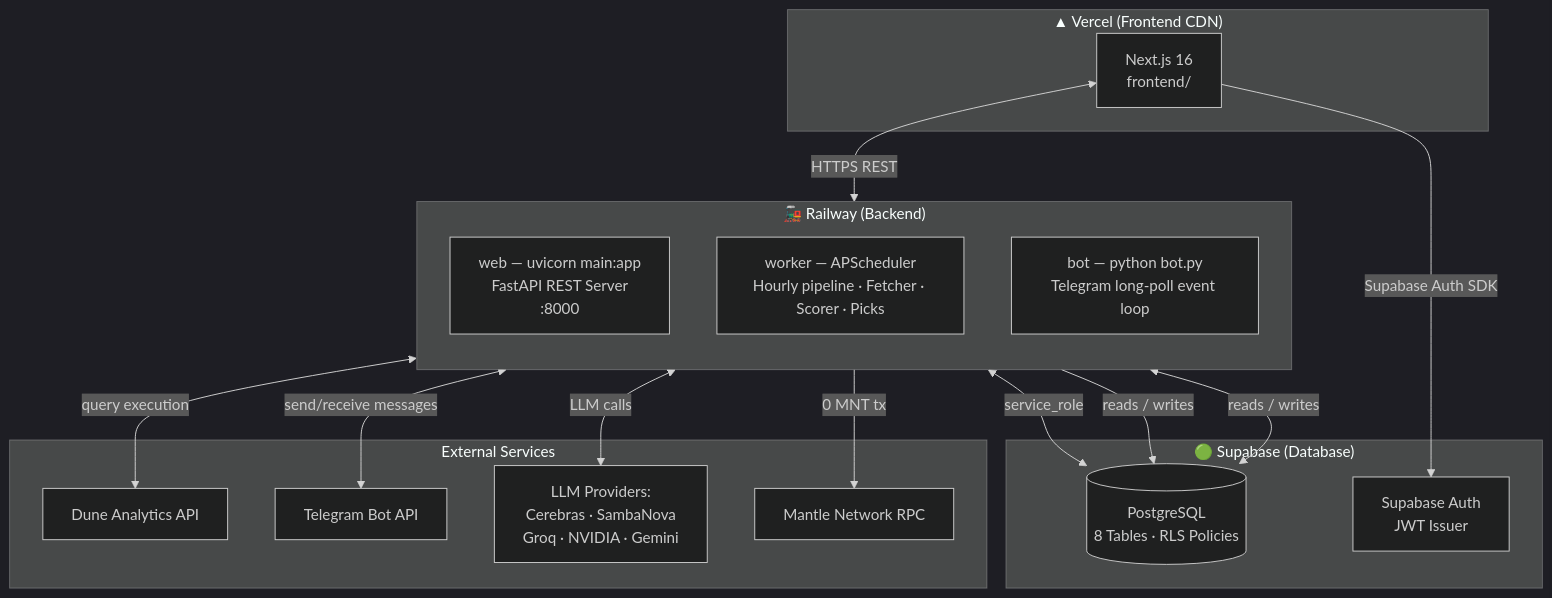
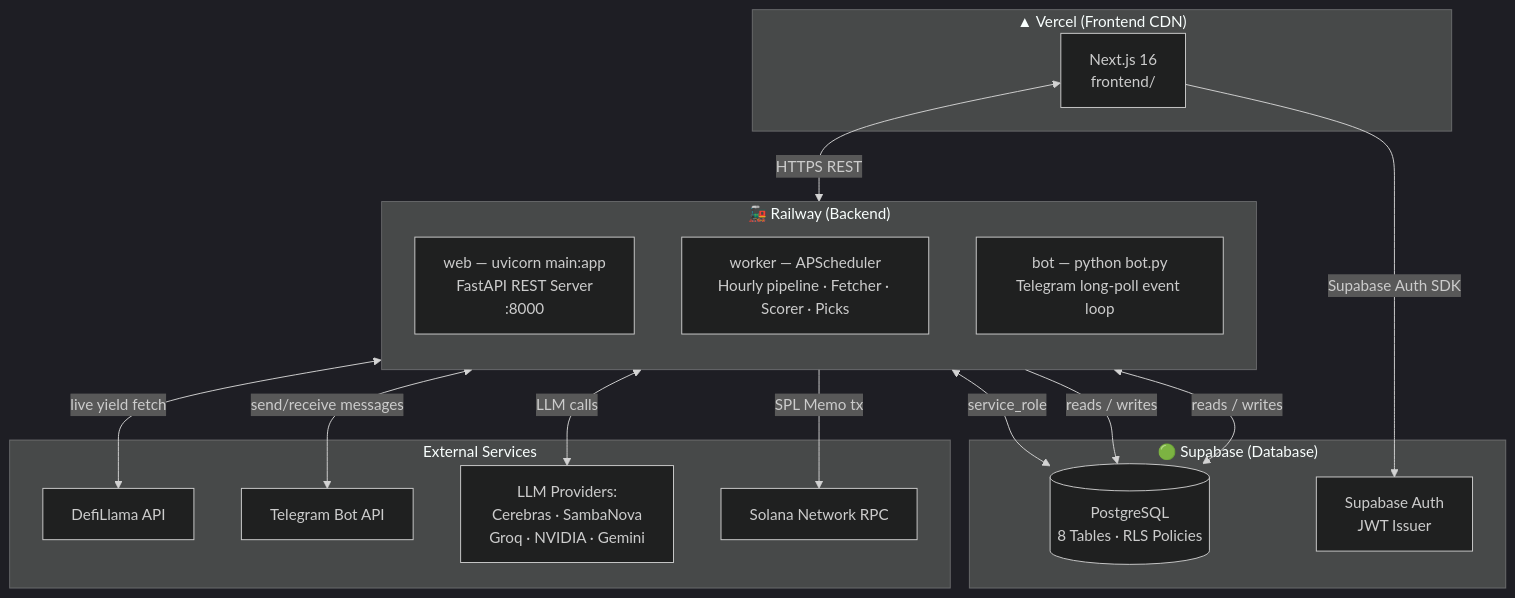
Before and after one commit to joshuatochinwachi/Yield-Sage: the ninth of 9 diagrams in README.md, drawn with Mermaid (dark theme). The commit also changed other lines of this file and 45 other files, not shown here.

````diff
--- a/README.md
+++ b/README.md
@@ -915,35 +874,35 @@
 ```mermaid
 graph TD
     subgraph Vercel ["▲ Vercel (Frontend CDN)"]
         NEXT[Next.js 16\nfrontend/]
     end
 
     subgraph Railway ["🚂 Railway (Backend)"]
         direction TB
         WEB["web — uvicorn main:app\nFastAPI REST Server\n:8000"]
         SCHED["worker — APScheduler\nHourly pipeline · Fetcher · Scorer · Picks"]
         BOT["bot — python bot.py\nTelegram long-poll event loop"]
     end
 
     subgraph Supabase ["🟢 Supabase (Database)"]
         PG[(PostgreSQL\n8 Tables · RLS Policies)]
         AUTH[Supabase Auth\nJWT Issuer]
     end
 
     subgraph External ["External Services"]
-        DUNE[Dune Analytics API]
+        DEFILLAMA[DefiLlama API]
         TG[Telegram Bot API]
         LLM[LLM Providers:\nCerebras · SambaNova\nGroq · NVIDIA · Gemini]
-        MANTLE[Mantle Network RPC]
+        SOLANA[Solana Network RPC]
     end
 
     NEXT <-->|HTTPS REST| WEB
     NEXT -->|Supabase Auth SDK| AUTH
     WEB <-->|service_role| PG
     SCHED -->|reads / writes| PG
     BOT <-->|reads / writes| PG
-    SCHED <-->|query execution| DUNE
+    SCHED <-->|live yield fetch| DEFILLAMA
     SCHED <-->|LLM calls| LLM
-    SCHED -->|0 MNT tx| MANTLE
+    SCHED -->|SPL Memo tx| SOLANA
     BOT <-->|send/receive messages| TG
 ```
````
